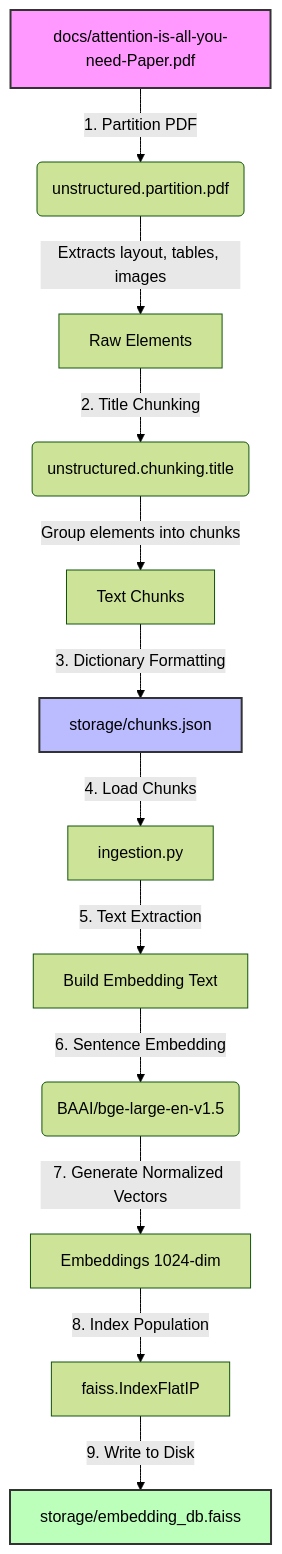
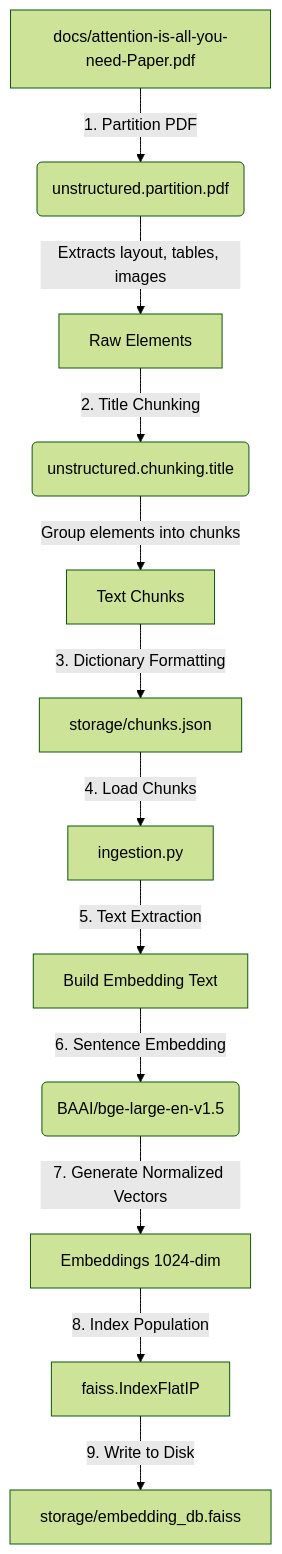
One commit to venkatbayanaboina/research-rag-assistant changed the diagram in phase-5-Ingestion-Pipeline/README.md. Above: the diagram before and after it, drawn with Mermaid (forest theme). The commit also changed 1 other file, not shown here.

Commit message:
style: remove custom mermaid styling to fix text contrast on dark/light themes

````diff
--- a/phase-5-Ingestion-Pipeline/README.md
+++ b/phase-5-Ingestion-Pipeline/README.md
@@ -9,18 +9,14 @@
 ```mermaid
 graph TD
     A[docs/attention-is-all-you-need-Paper.pdf] -->|1. Partition PDF| B(unstructured.partition.pdf)
     B -->|Extracts layout, tables, images| C[Raw Elements]
     C -->|2. Title Chunking| D(unstructured.chunking.title)
     D -->|Group elements into chunks| E[Text Chunks]
     E -->|3. Dictionary Formatting| F[storage/chunks.json]
     F -->|4. Load Chunks| G[ingestion.py]
     G -->|5. Text Extraction| H[Build Embedding Text]
     H -->|6. Sentence Embedding| I(BAAI/bge-large-en-v1.5)
     I -->|7. Generate Normalized Vectors| J[Embeddings 1024-dim]
     J -->|8. Index Population| K[faiss.IndexFlatIP]
     K -->|9. Write to Disk| L[storage/embedding_db.faiss]
-
-    style A fill:#f9f,stroke:#333,stroke-width:2px
-    style F fill:#bbf,stroke:#333,stroke-width:2px
-    style L fill:#bfb,stroke:#333,stroke-width:2px
 ```
````
